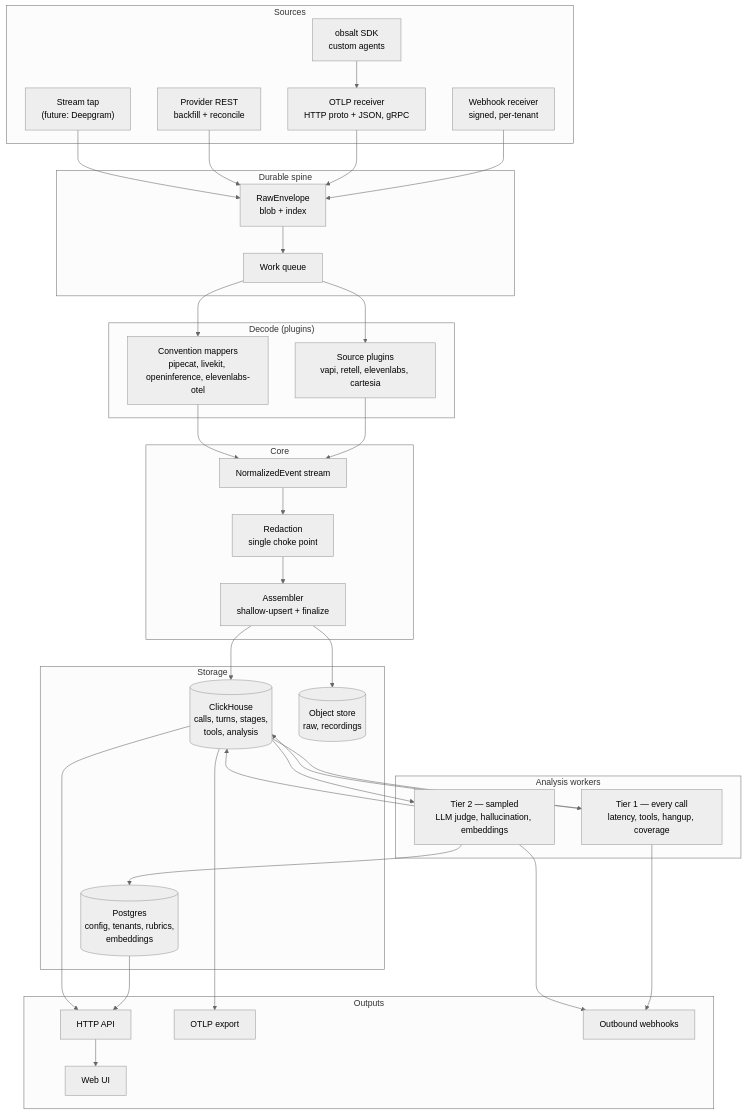
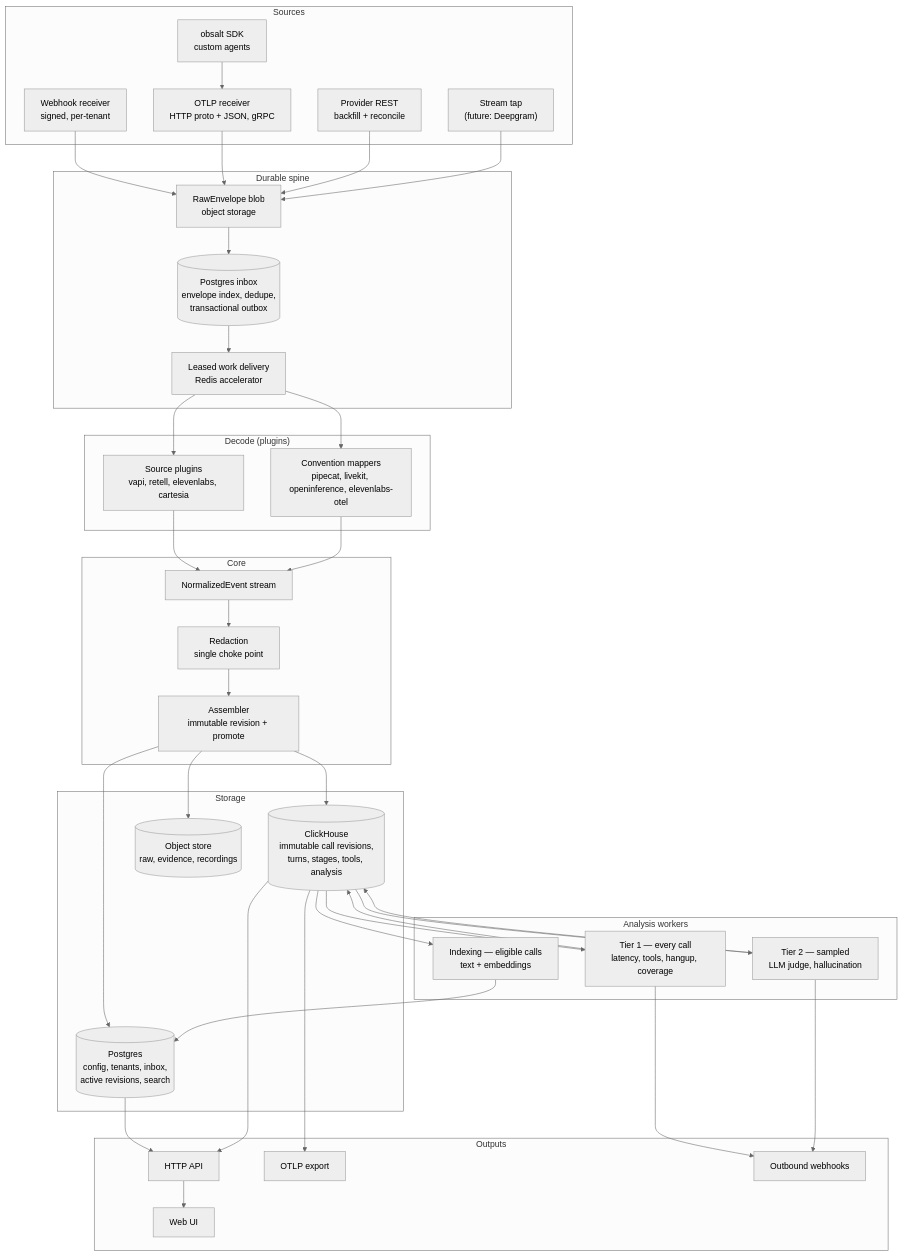
Before and after one commit to obsalt/obsalt-legacy: the diagram in docs/rewrite-plan.md, drawn with Mermaid (neutral theme). The commit also changed other lines of this file, not shown here.

Commit message:
docs: revise v2 architecture plan

````diff
--- a/docs/rewrite-plan.md
+++ b/docs/rewrite-plan.md
@@ -216,67 +247,70 @@
 ```mermaid
 flowchart TB
   subgraph sources ["Sources"]
     WH["Webhook receiver<br/>signed, per-tenant"]
     OTLP["OTLP receiver<br/>HTTP proto + JSON, gRPC"]
     SDK["obsalt SDK<br/>custom agents"]
     PULL["Provider REST<br/>backfill + reconcile"]
     SOCK["Stream tap<br/>(future: Deepgram)"]
   end
 
   subgraph spine ["Durable spine"]
-    RAW["RawEnvelope<br/>blob + index"]
-    Q["Work queue"]
+    RAW["RawEnvelope blob<br/>object storage"]
+    INBOX[("Postgres inbox<br/>envelope index, dedupe,<br/>transactional outbox")]
+    Q["Leased work delivery<br/>Redis accelerator"]
   end
 
   subgraph decode ["Decode (plugins)"]
     SRC["Source plugins<br/>vapi, retell, elevenlabs, cartesia"]
     MAP["Convention mappers<br/>pipecat, livekit, openinference, elevenlabs-otel"]
   end
 
   subgraph core ["Core"]
     NORM["NormalizedEvent stream"]
     RED["Redaction<br/>single choke point"]
-    ASM["Assembler<br/>shallow-upsert + finalize"]
+    ASM["Assembler<br/>immutable revision + promote"]
   end
 
   subgraph store ["Storage"]
-    CH[("ClickHouse<br/>calls, turns, stages,<br/>tools, analysis")]
-    PG[("Postgres<br/>config, tenants, rubrics,<br/>embeddings")]
-    OBJ[("Object store<br/>raw, recordings")]
+    CH[("ClickHouse<br/>immutable call revisions,<br/>turns, stages, tools, analysis")]
+    PG[("Postgres<br/>config, tenants, inbox,<br/>active revisions, search")]
+    OBJ[("Object store<br/>raw, evidence, recordings")]
   end
 
   subgraph analysis ["Analysis workers"]
     T1["Tier 1 — every call<br/>latency, tools, hangup, coverage"]
-    T2["Tier 2 — sampled<br/>LLM judge, hallucination, embeddings"]
+    IDX["Indexing — eligible calls<br/>text + embeddings"]
+    T2["Tier 2 — sampled<br/>LLM judge, hallucination"]
   end
 
   subgraph out ["Outputs"]
     API["HTTP API"]
     UI["Web UI"]
     EXP["OTLP export"]
     HOOK["Outbound webhooks"]
   end
 
   WH --> RAW
   OTLP --> RAW
   SDK --> OTLP
   PULL --> RAW
   SOCK --> RAW
-  RAW --> Q
+  RAW --> INBOX --> Q
   Q --> SRC
   Q --> MAP
   SRC --> NORM
   MAP --> NORM
   NORM --> RED --> ASM
   ASM --> CH
+  ASM --> PG
   ASM --> OBJ
   CH --> T1 --> CH
+  CH --> IDX --> PG
   CH --> T2 --> CH
-  T2 --> PG
   PG --> API
   CH --> API
   API --> UI
   CH --> EXP
   T1 --> HOOK
   T2 --> HOOK
 ```
````
